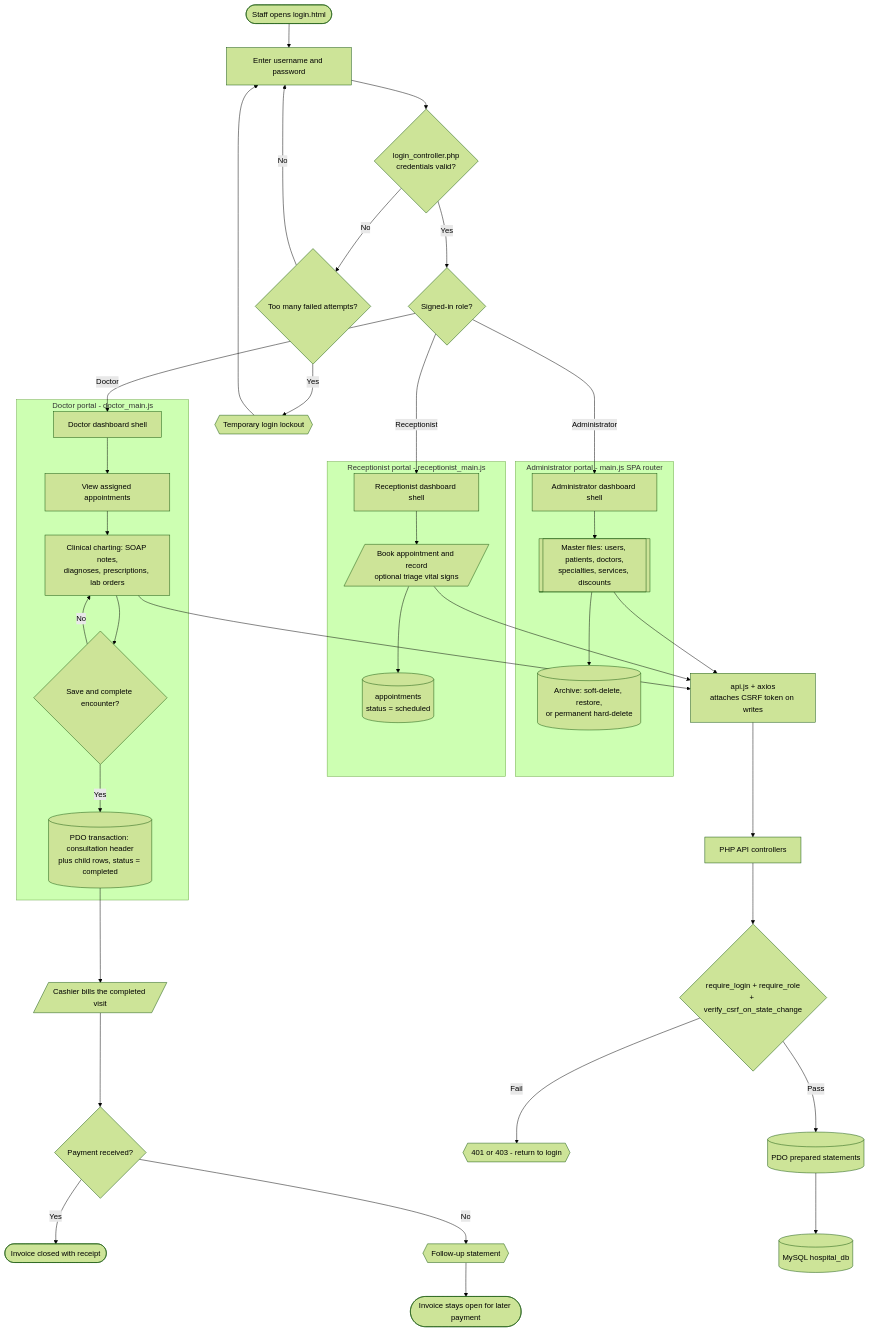
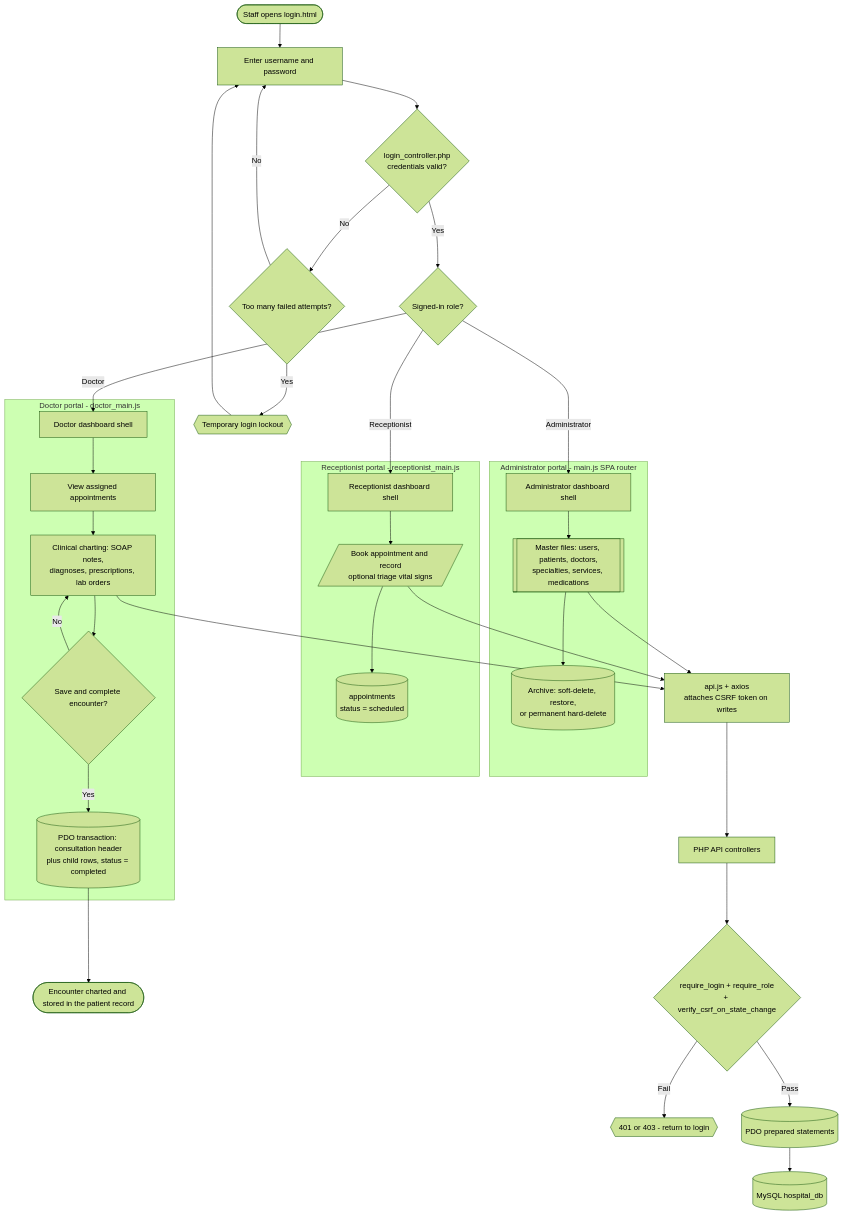
The diagram in docs/obsidian-vault/System Flow.md (Zula-stdnt/Clinic-Appointment-and-Patient-Records-System), drawn with Mermaid (forest theme) before and after one commit. The commit also changed other lines of this file and 4 other files, not shown here.

````diff
--- a/docs/obsidian-vault/System Flow.md
+++ b/docs/obsidian-vault/System Flow.md
@@ -11,45 +11,41 @@
 ```mermaid
 flowchart TD
     Start([Staff opens login.html]) --> Login[Enter username and password]
     Login --> Auth{login_controller.php<br/>credentials valid?}
     Auth -- No --> Attempts{Too many failed attempts?}
     Attempts -- No --> Login
     Attempts -- Yes --> Locked{{Temporary login lockout}}
     Locked --> Login
     Auth -- Yes --> Role{Signed-in role?}
 
     subgraph AdminPortal [Administrator portal - main.js SPA router]
-        AdminDash[Administrator dashboard shell] --> AdminMods[[Master files: users, patients, doctors,<br/>specialties, services, discounts]]
+        AdminDash[Administrator dashboard shell] -->         AdminMods[[Master files: users, patients, doctors,<br/>specialties, services, medications]]
         AdminMods --> Archive[(Archive: soft-delete, restore,<br/>or permanent hard-delete)]
     end
 
     subgraph RecPortal [Receptionist portal - receptionist_main.js]
         RecDash[Receptionist dashboard shell] --> Book[/Book appointment and record<br/>optional triage vital signs/]
         Book --> ApptDB[(appointments<br/>status = scheduled)]
     end
 
     subgraph DocPortal [Doctor portal - doctor_main.js]
         DocDash[Doctor dashboard shell] --> DocAppts[View assigned appointments]
         DocAppts --> Consult[Clinical charting: SOAP notes,<br/>diagnoses, prescriptions, lab orders]
         Consult --> SaveT{Save and complete encounter?}
         SaveT -- No --> Consult
         SaveT -- Yes --> Tx[(PDO transaction: consultation header<br/>plus child rows, status = completed)]
     end
 
     Role -- Administrator --> AdminDash
     Role -- Doctor --> DocDash
     Role -- Receptionist --> RecDash
 
-    Tx --> Bill[/Cashier bills the completed visit/]
-    Bill --> Pay{Payment received?}
-    Pay -- Yes --> Paid([Invoice closed with receipt])
-    Pay -- No --> Follow{{Follow-up statement}}
-    Follow --> Open([Invoice stays open for later payment])
+    Tx --> Done([Encounter charted and stored in the patient record])
 
     AdminMods & Book & Consult --> APIJS[api.js + axios<br/>attaches CSRF token on writes]
     APIJS --> Ctrl[PHP API controllers]
     Ctrl --> Guard{require_login + require_role<br/>+ verify_csrf_on_state_change}
     Guard -- Fail --> Denied{{401 or 403 - return to login}}
     Guard -- Pass --> PDOQ[(PDO prepared statements)]
     PDOQ --> MySQL[(MySQL hospital_db)]
 ```
````
